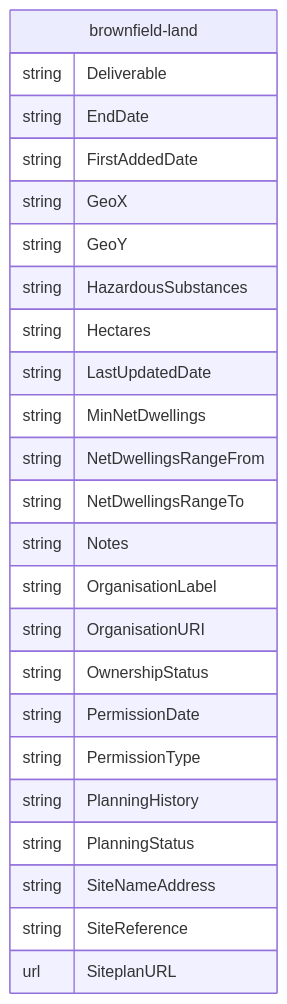
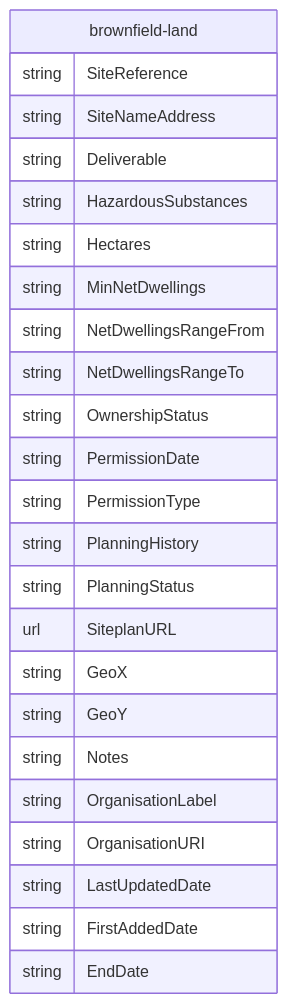
The diagram in mermaid/brownfield-land.md (digital-land/specification), drawn with Mermaid before and after one commit. The commit also changed other lines of this file and 21 other files, not shown here.

````diff
--- a/mermaid/brownfield-land.md
+++ b/mermaid/brownfield-land.md
@@ -4,27 +4,27 @@
 ```mermaid
 erDiagram
     brownfield-land {
+        string SiteReference
+        string SiteNameAddress
         string Deliverable
-        string EndDate
-        string FirstAddedDate
-        string GeoX
-        string GeoY
         string HazardousSubstances
         string Hectares
-        string LastUpdatedDate
         string MinNetDwellings
         string NetDwellingsRangeFrom
         string NetDwellingsRangeTo
-        string Notes
-        string OrganisationLabel
-        string OrganisationURI
         string OwnershipStatus
         string PermissionDate
         string PermissionType
         string PlanningHistory
         string PlanningStatus
-        string SiteNameAddress
-        string SiteReference
         url SiteplanURL
+        string GeoX
+        string GeoY
+        string Notes
+        string OrganisationLabel
+        string OrganisationURI
+        string LastUpdatedDate
+        string FirstAddedDate
+        string EndDate
     }
 ```
````
